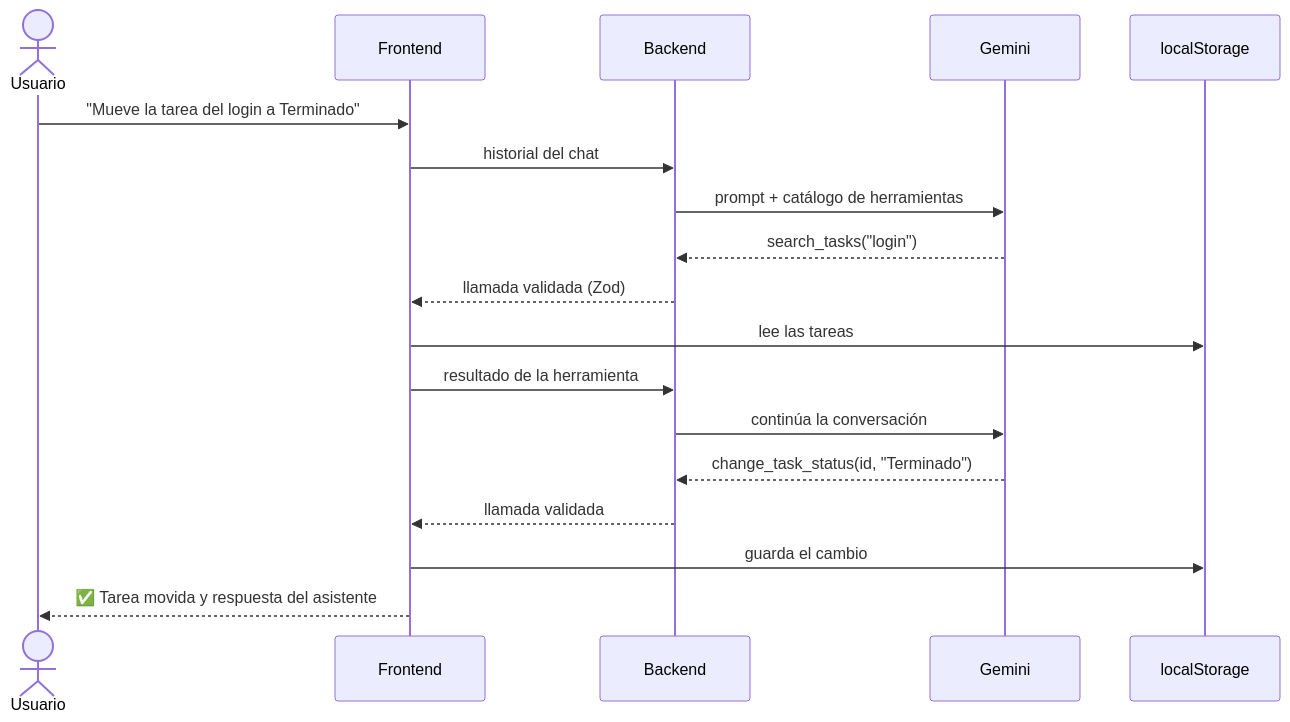
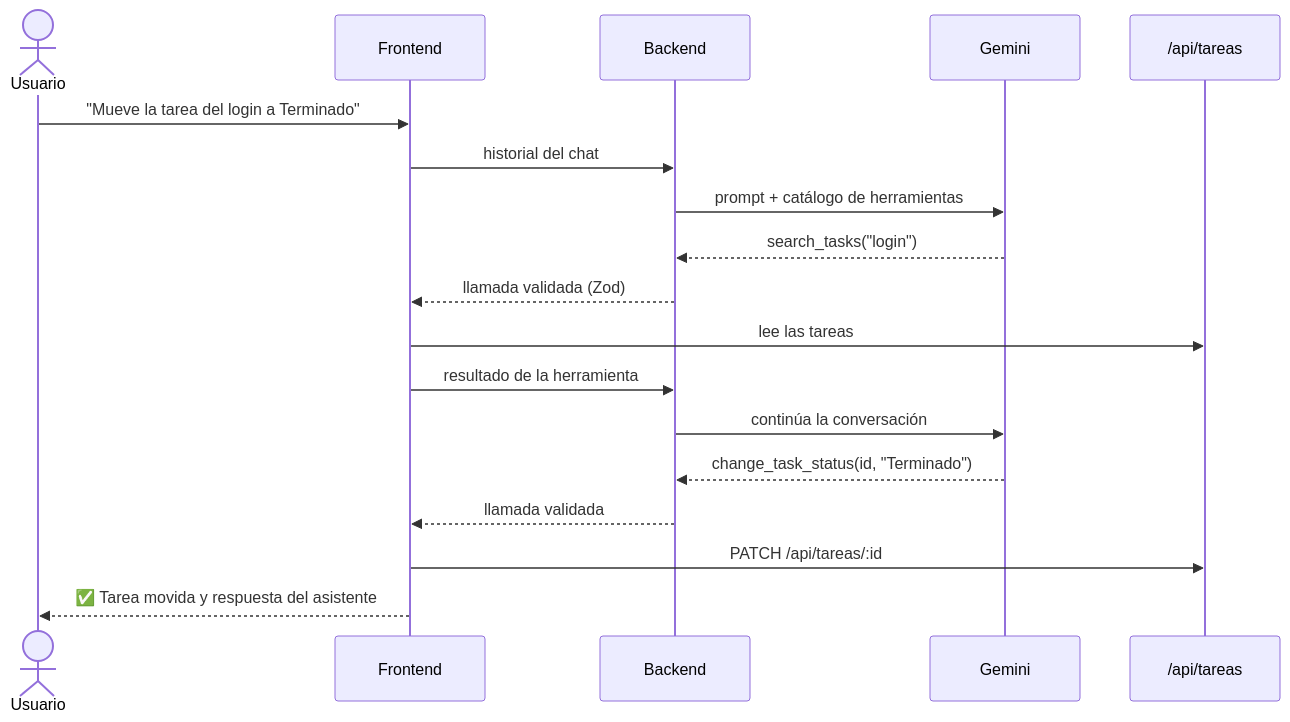
The second of 2 diagrams in README.md (Jacky-RPA/Kanban), drawn with Mermaid before and after one commit. The commit also changed other lines of this file and 16 other files, not shown here.

````diff
--- a/README.md
+++ b/README.md
@@ -65,21 +70,21 @@
 ```mermaid
 sequenceDiagram
     actor U as Usuario
     participant F as Frontend
     participant B as Backend
     participant G as Gemini
-    participant API as localStorage
+    participant API as /api/tareas
 
     U->>F: "Mueve la tarea del login a Terminado"
     F->>B: historial del chat
     B->>G: prompt + catálogo de herramientas
     G-->>B: search_tasks("login")
     B-->>F: llamada validada (Zod)
     F->>API: lee las tareas
     F->>B: resultado de la herramienta
     B->>G: continúa la conversación
     G-->>B: change_task_status(id, "Terminado")
     B-->>F: llamada validada
-    F->>API: guarda el cambio
+    F->>API: PATCH /api/tareas/:id
     F-->>U: ✅ Tarea movida y respuesta del asistente
 ```
````
